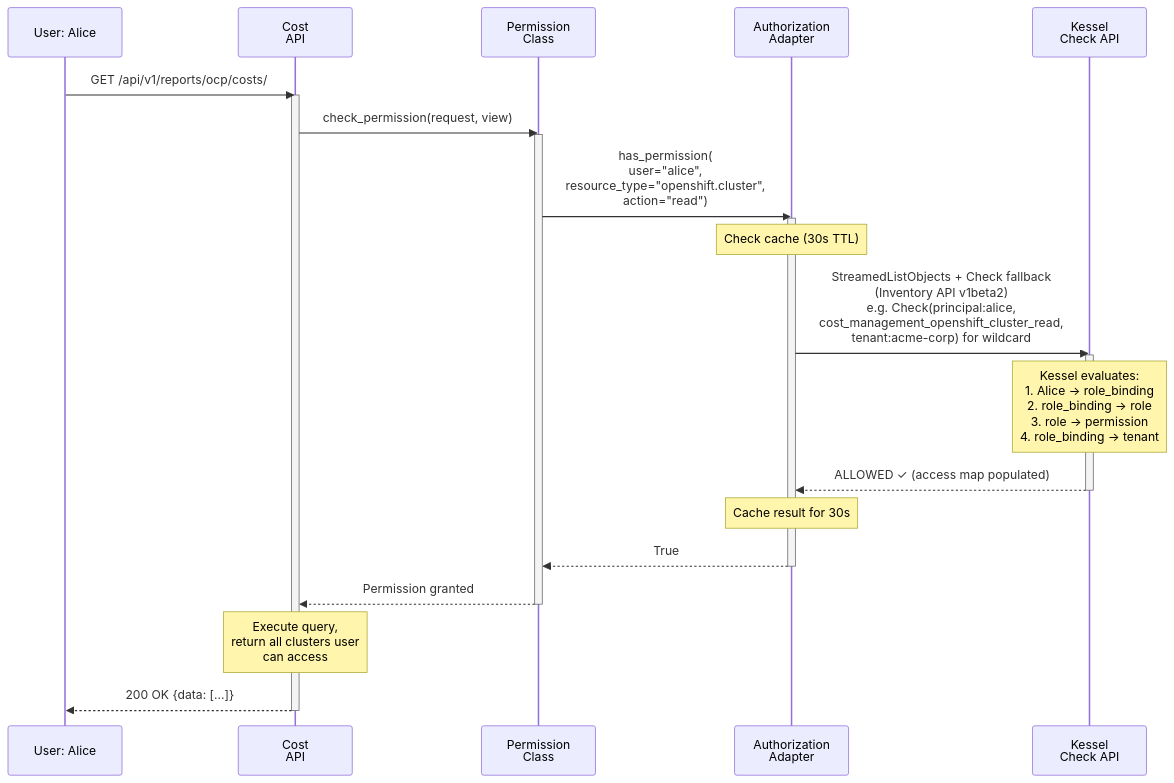
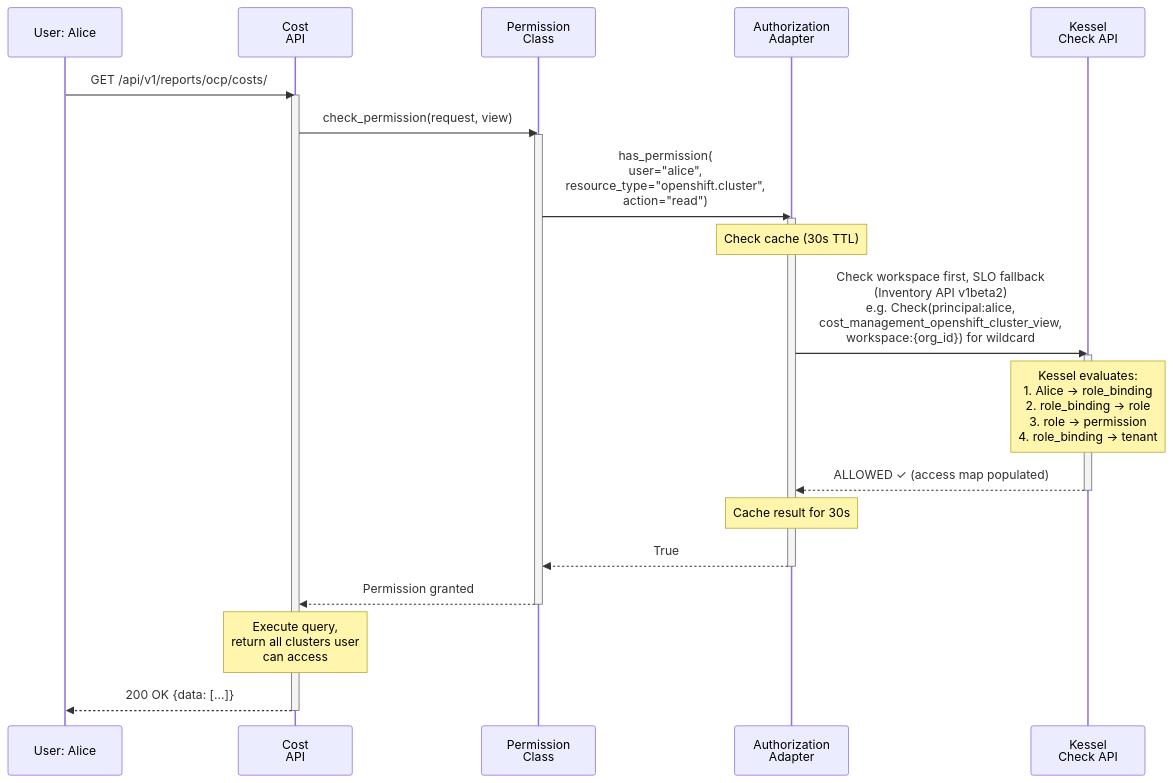
The fourth of 12 diagrams in docs/architecture/kessel-integration/kessel-ocp-integration.md (project-koku/koku), drawn with Mermaid before and after one commit. The commit also changed other lines of this file and 6 other files, not shown here.

````diff
--- a/docs/architecture/kessel-integration/kessel-ocp-integration.md
+++ b/docs/architecture/kessel-integration/kessel-ocp-integration.md
@@ -339,40 +339,40 @@
 ```mermaid
 sequenceDiagram
     participant User as User: Alice
     participant API as Cost<br/>API
     participant PermClass as Permission<br/>Class
     participant AuthAdapter as Authorization<br/>Adapter
     participant Kessel as Kessel<br/>Check API
     
     User->>API: GET /api/v1/reports/ocp/costs/
     activate API
     
     API->>PermClass: check_permission(request, view)
     activate PermClass
     
     PermClass->>AuthAdapter: has_permission(<br/>user="alice",<br/>resource_type="openshift.cluster",<br/>action="read")
     activate AuthAdapter
     
     Note over AuthAdapter: Check cache (30s TTL)
     
-    AuthAdapter->>Kessel: StreamedListObjects + Check fallback<br/>(Inventory API v1beta2)<br/>e.g. Check(principal:alice,<br/>cost_management_openshift_cluster_read,<br/>tenant:acme-corp) for wildcard
+    AuthAdapter->>Kessel: Check workspace first, SLO fallback<br/>(Inventory API v1beta2)<br/>e.g. Check(principal:alice,<br/>cost_management_openshift_cluster_view,<br/>workspace:{org_id}) for wildcard
     activate Kessel
 
     Note over Kessel: Kessel evaluates:<br/>1. Alice → role_binding<br/>2. role_binding → role<br/>3. role → permission<br/>4. role_binding → tenant
 
     Kessel-->>AuthAdapter: ALLOWED ✓ (access map populated)
     deactivate Kessel
     
     Note over AuthAdapter: Cache result for 30s
     
     AuthAdapter-->>PermClass: True
     deactivate AuthAdapter
     
     PermClass-->>API: Permission granted
     deactivate PermClass
     
     Note over API: Execute query,<br/>return all clusters user<br/>can access
     
     API-->>User: 200 OK {data: [...]}
     deactivate API
 ```
````
